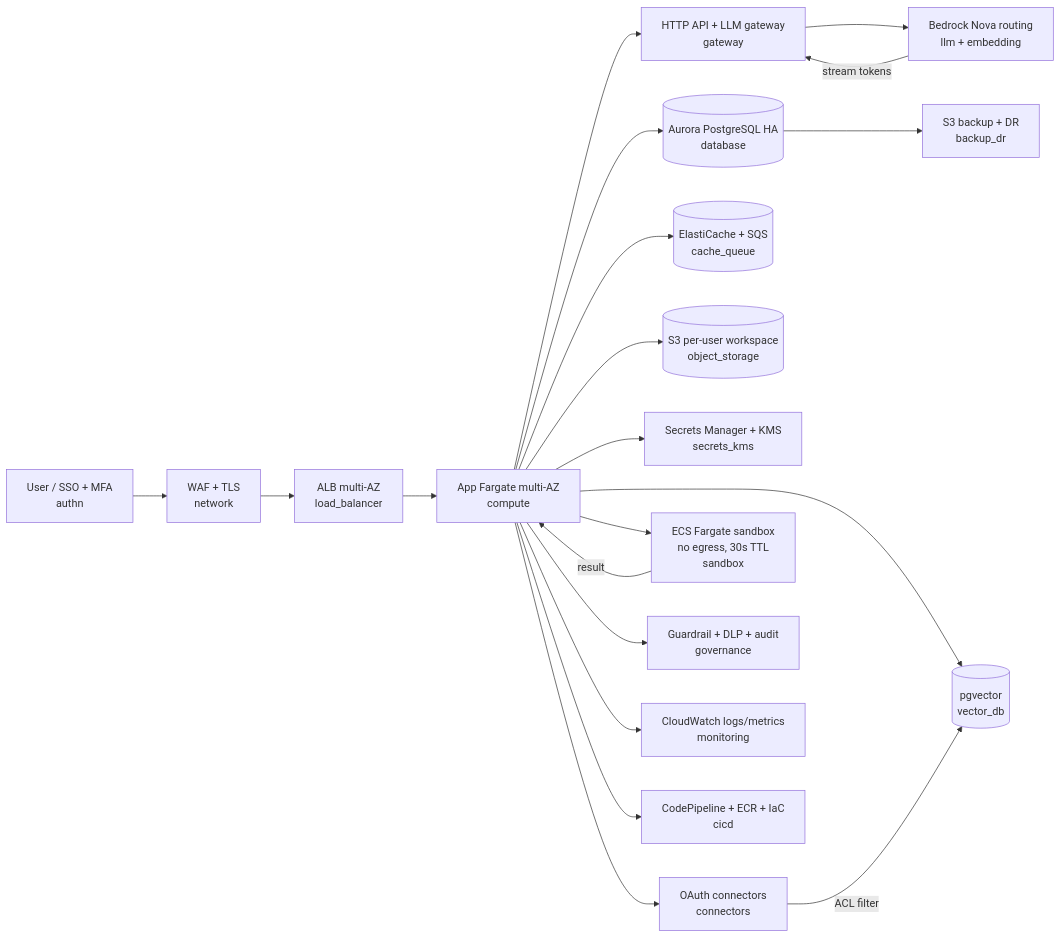
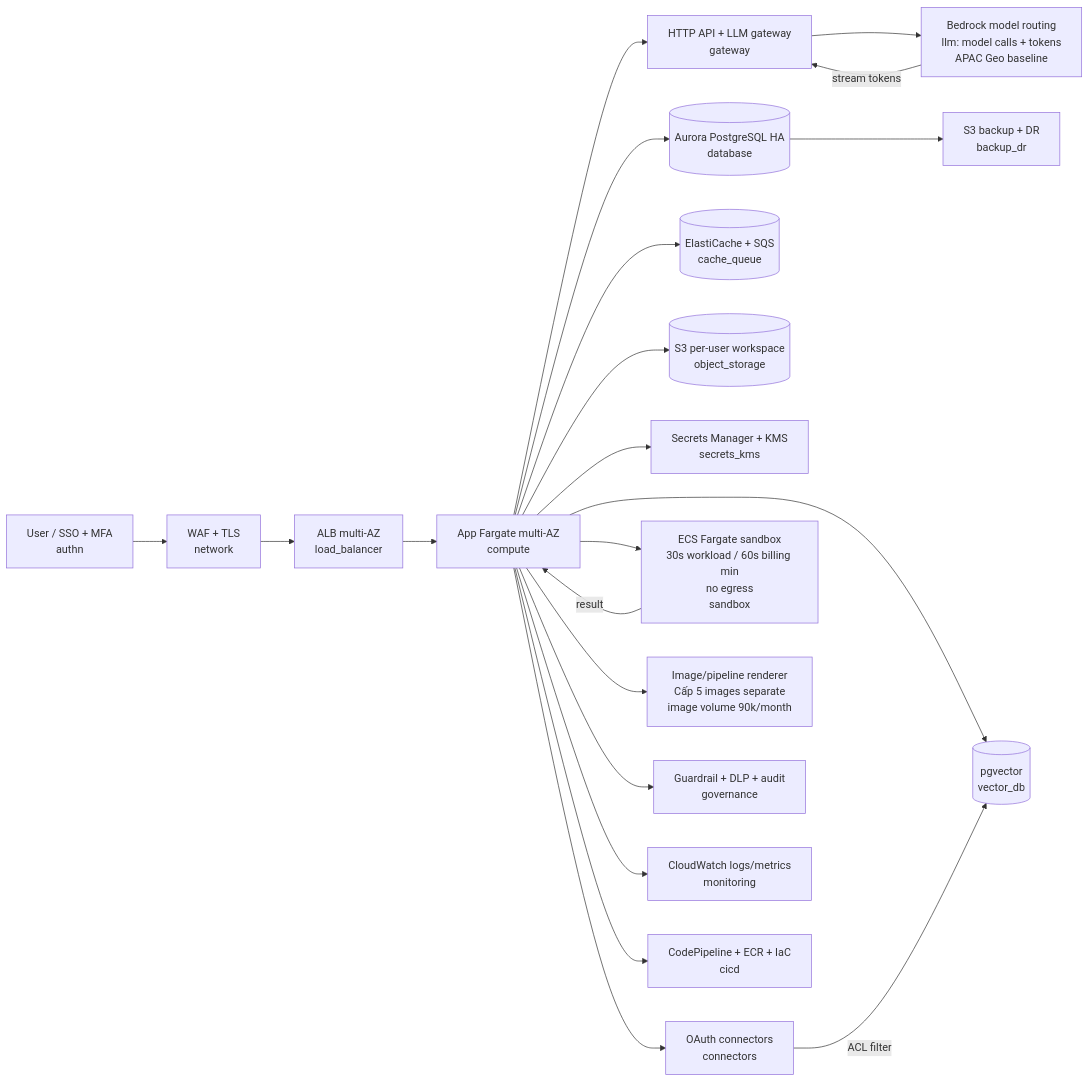
One commit to rin1652/K4-VBot changed the diagram in architecture.mmd. Above: the diagram before and after it, drawn with Mermaid. The commit also changed 12 other files, not shown here.

Commit message:
refactor: separate model calls from requests

```diff
--- a/architecture.mmd
+++ b/architecture.mmd
@@ -1,20 +1,21 @@
 flowchart LR
   U[User / SSO + MFA\nauthn] --> WAF[WAF + TLS\nnetwork]
   WAF --> LB[ALB multi-AZ\nload_balancer]
   LB --> APP[App Fargate multi-AZ\ncompute]
   APP --> GW[HTTP API + LLM gateway\ngateway]
   APP --> DB[(Aurora PostgreSQL HA\ndatabase)]
   APP --> VEC[(pgvector\nvector_db)]
   APP --> CACHE[(ElastiCache + SQS\ncache_queue)]
   APP --> S3[(S3 per-user workspace\nobject_storage)]
   APP --> SEC[Secrets Manager + KMS\nsecrets_kms]
   APP --> CON[OAuth connectors\nconnectors]
-  GW --> BR[Bedrock Nova routing\nllm + embedding]
-  APP --> SB[ECS Fargate sandbox\nno egress, 30s TTL\nsandbox]
+  GW --> BR[Bedrock model routing\nllm: model calls + tokens\nAPAC Geo baseline]
+  APP --> SB[ECS Fargate sandbox\n30s workload / 60s billing min\nno egress\nsandbox]
+  APP --> IMG[Image/pipeline renderer\nCấp 5 images separate\nimage volume 90k/month]
   APP --> GOV[Guardrail + DLP + audit\ngovernance]
   APP --> MON[CloudWatch logs/metrics\nmonitoring]
   DB --> BAK[S3 backup + DR\nbackup_dr]
   APP --> CICD[CodePipeline + ECR + IaC\ncicd]
   CON -->|ACL filter| VEC
   SB -->|result| APP
   BR -->|stream tokens| GW
```
